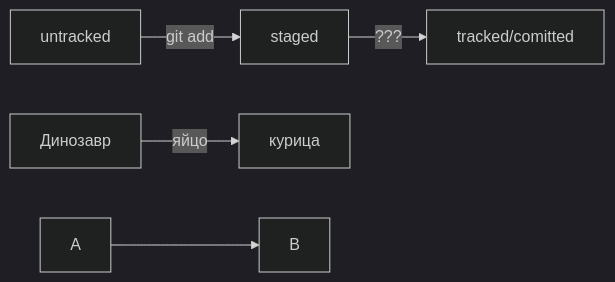
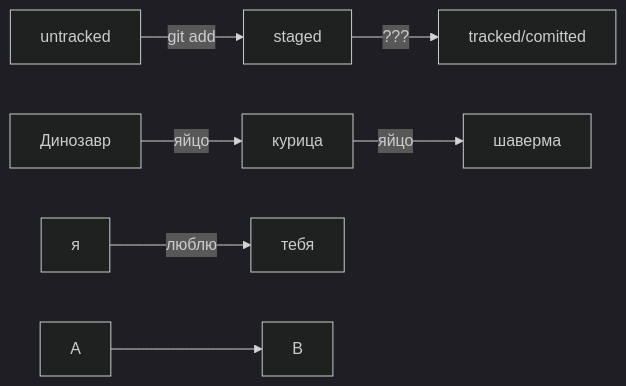
One commit to AleksandrLARUS/Shpargalka changed the diagram in Shpargalka.md. Above: the diagram before and after it, drawn with Mermaid (dark theme).

Commit message:
Добавить схему от себя2

````diff
--- a/Shpargalka.md
+++ b/Shpargalka.md
@@ -153,9 +153,10 @@
 ```mermaid
 graph LR;
   untracked -- "git add" --> staged;
   staged    -- "???"     --> tracked/comitted;
-  Динозавр -- "яйцо" --> курица;
+  Динозавр -- "яйцо" --> курица -- "яйцо" --> шаверма;
+  я -- "люблю" --> тебя;
 
 %% стрелка без текста для примера: 
   A --> B;
 ```
````
